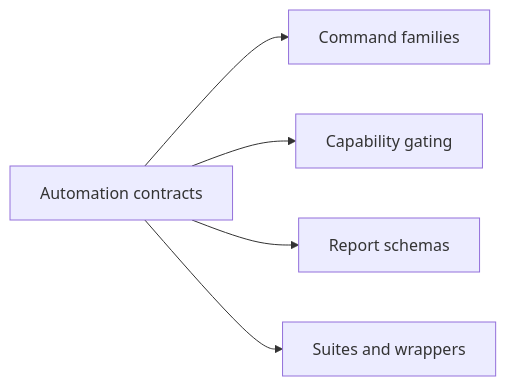
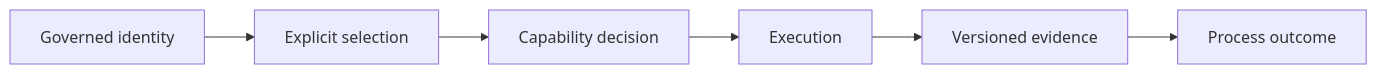
The diagram in docs/bijux-atlas-dev/governance/automation-contracts.md (bijux/bijux-atlas), drawn with Mermaid before and after one commit. The commit also changed other lines of this file and 1 other file, not shown here.

Commit message:
docs(reports): distinguish evidence validation depths

````diff
--- a/docs/bijux-atlas-dev/governance/automation-contracts.md
+++ b/docs/bijux-atlas-dev/governance/automation-contracts.md
@@ -16,7 +28,8 @@
 ```mermaid
 flowchart LR
-    Automation[Automation contracts] --> Commands[Command families]
-    Automation --> Capabilities[Capability gating]
-    Automation --> Reports[Report schemas]
-    Automation --> Lanes[Suites and wrappers]
+    Registry[Governed identity] --> Selection[Explicit selection]
+    Selection --> Capability[Capability decision]
+    Capability --> Execution[Execution]
+    Execution --> Report[Versioned evidence]
+    Report --> Exit[Process outcome]
 ```
````
